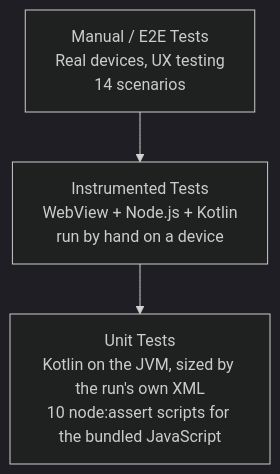
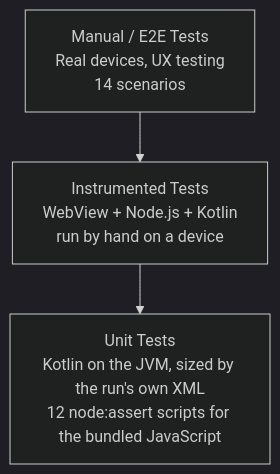
The first of 3 diagrams in docs/07-TESTING_STRATEGY.md (rmyndharis/VSCodroid), drawn with Mermaid (dark theme) before and after one commit.

Commit message:
docs: count twelve JavaScript self-checks in the pyramid
The test pyramid still said ten node:assert scripts, while the same
document lists twelve and lint.yml runs twelve.

````diff
--- a/docs/07-TESTING_STRATEGY.md
+++ b/docs/07-TESTING_STRATEGY.md
@@ -23,5 +23,5 @@
 ```mermaid
 flowchart TD
   E2E["Manual / E2E Tests<br/>Real devices, UX testing<br/>14 scenarios"] --> INT["Instrumented Tests<br/>WebView + Node.js + Kotlin<br/>run by hand on a device"]
-  INT --> UNIT["Unit Tests<br/>Kotlin on the JVM, sized by the run's own XML<br/>10 node:assert scripts for the bundled JavaScript"]
+  INT --> UNIT["Unit Tests<br/>Kotlin on the JVM, sized by the run's own XML<br/>12 node:assert scripts for the bundled JavaScript"]
 ```
````
